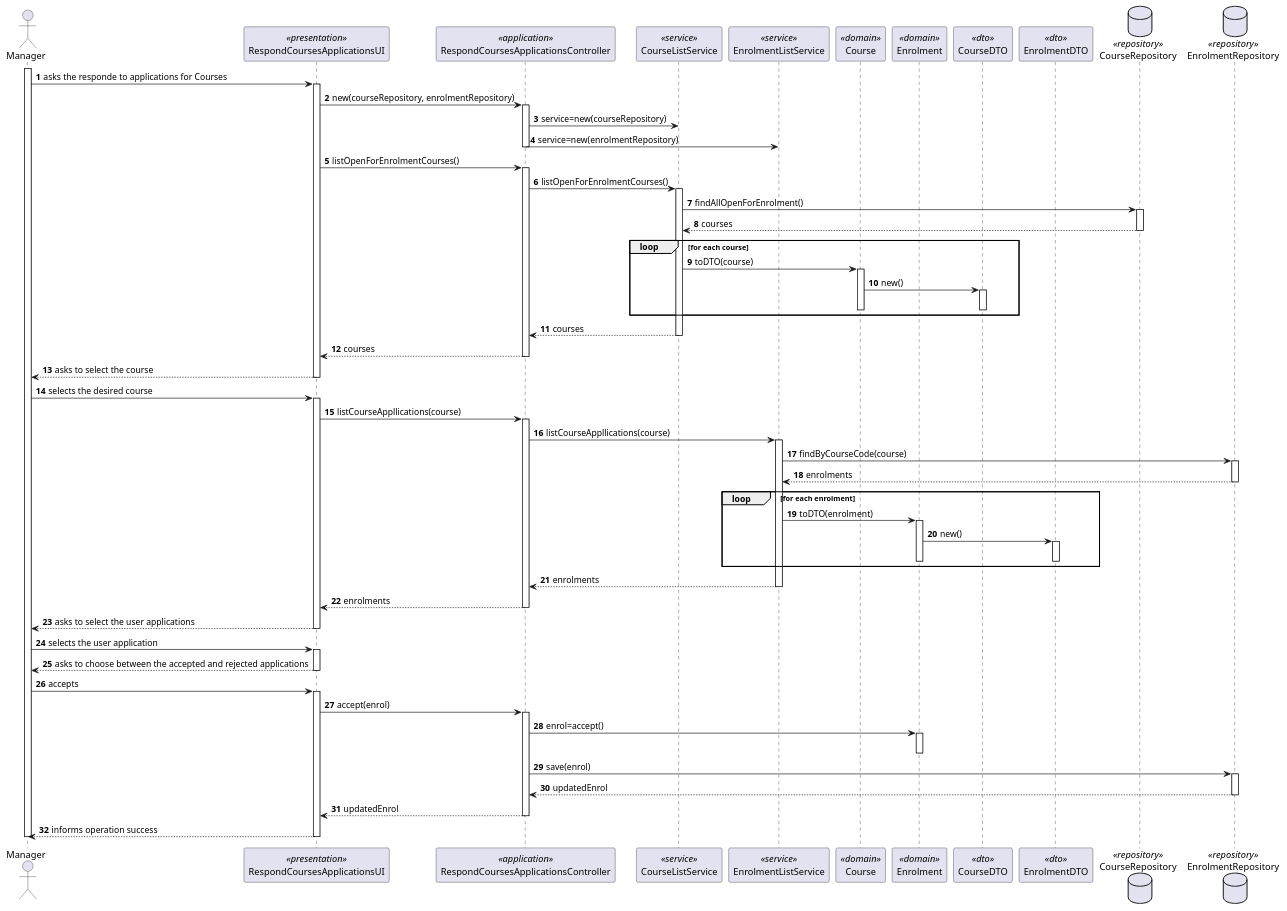
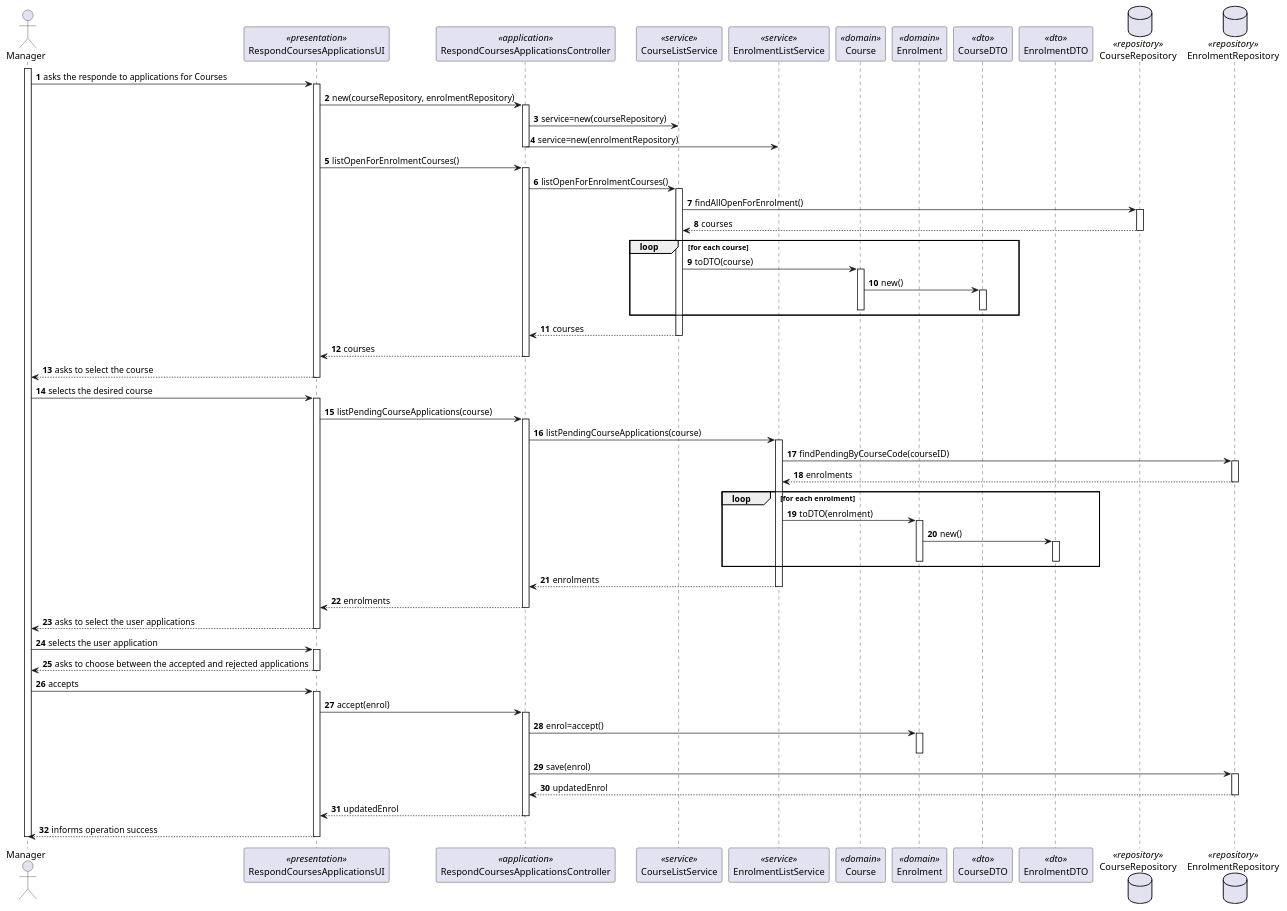
The diagram in docs/sprint-b/us15-1009/US1009_SD.puml (miseEnPlace-dev/lapr4), drawn with PlantUML before and after one commit. The commit also changed 7 other files, not shown here.

```diff
--- a/docs/sprint-b/us15-1009/US1009_SD.puml
+++ b/docs/sprint-b/us15-1009/US1009_SD.puml
@@ -1,106 +1,106 @@
 @startuml US1009_SD
 autonumber
 
 actor "Manager" as M
 participant "RespondCoursesApplicationsUI" as UI <<presentation>>
 participant "RespondCoursesApplicationsController" as CTRL <<application>>
 participant "CourseListService" as CSRV <<service>>
 participant "EnrolmentListService" as ESRV <<service>>
 participant "Course" as C <<domain>>
 participant "Enrolment" as E <<domain>>
 participant "CourseDTO" as CDTO <<dto>>
 participant "EnrolmentDTO" as EDTO <<dto>>
 
 database CourseRepository as CREP <<repository>>
 database EnrolmentRepository as EREP <<repository>>
 
 activate M
 
 M -> UI : asks the responde to applications for Courses
 activate UI
 
 UI -> CTRL : new(courseRepository, enrolmentRepository)
 activate CTRL
 CTRL -> CSRV : service=new(courseRepository)
 CTRL -> ESRV : service=new(enrolmentRepository)
 deactivate CTRL
 
 UI -> CTRL : listOpenForEnrolmentCourses()
 activate CTRL
 CTRL -> CSRV : listOpenForEnrolmentCourses()
 activate CSRV
 CSRV -> CREP : findAllOpenForEnrolment()
 activate CREP
 CREP --> CSRV : courses
 deactivate CREP
 
 loop for each course
   CSRV -> C : toDTO(course)
   activate C
   C -> CDTO : new()
   activate CDTO
   deactivate CDTO
   deactivate C
 end loop
 
 CSRV --> CTRL : courses
 deactivate CSRV
 CTRL --> UI : courses
 deactivate CTRL
 
 UI --> M : asks to select the course
 deactivate UI
 
 M -> UI : selects the desired course
 activate UI
 
-UI -> CTRL : listCourseAppllications(course)
+UI -> CTRL : listPendingCourseApplications(course)
 activate CTRL
-CTRL -> ESRV : listCourseAppllications(course)
+CTRL -> ESRV : listPendingCourseApplications(course)
 activate ESRV
-ESRV -> EREP : findByCourseCode(course)
+ESRV -> EREP : findPendingByCourseCode(courseID)
 activate EREP
 EREP --> ESRV : enrolments
 deactivate EREP
 
 loop for each enrolment
   ESRV -> E : toDTO(enrolment)
   activate E
   E -> EDTO : new()
   activate EDTO
   deactivate EDTO
   deactivate E
 end loop
 
 ESRV --> CTRL : enrolments
 deactivate ESRV
 CTRL --> UI : enrolments
 deactivate CTRL
 
 UI --> M : asks to select the user applications
 deactivate UI
 
 M -> UI : selects the user application
 activate UI
 UI--> M : asks to choose between the accepted and rejected applications
 deactivate UI
 
 M -> UI : accepts
 activate UI
 UI -> CTRL : accept(enrol)
 activate CTRL
 CTRL -> E : enrol=accept()
 activate E
 deactivate E
 CTRL -> EREP : save(enrol)
 activate EREP
 EREP --> CTRL : updatedEnrol
 deactivate EREP
 CTRL --> UI : updatedEnrol
 deactivate CTRL
 UI--> M : informs operation success
 deactivate UI
 
 deactivate M
 
 @enduml
```
